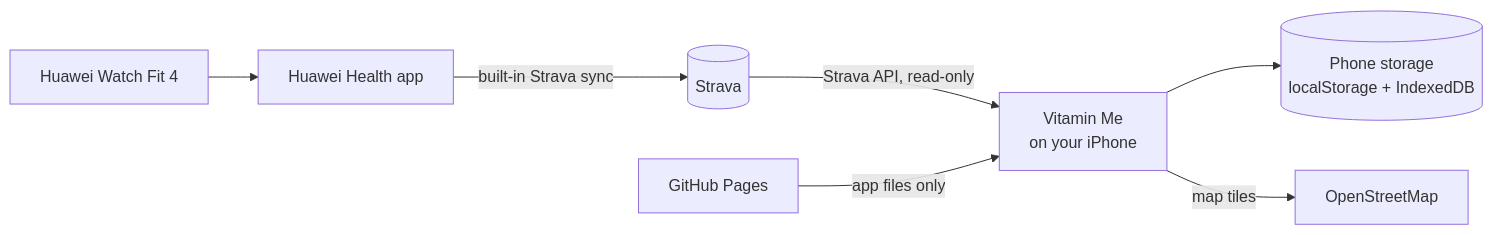
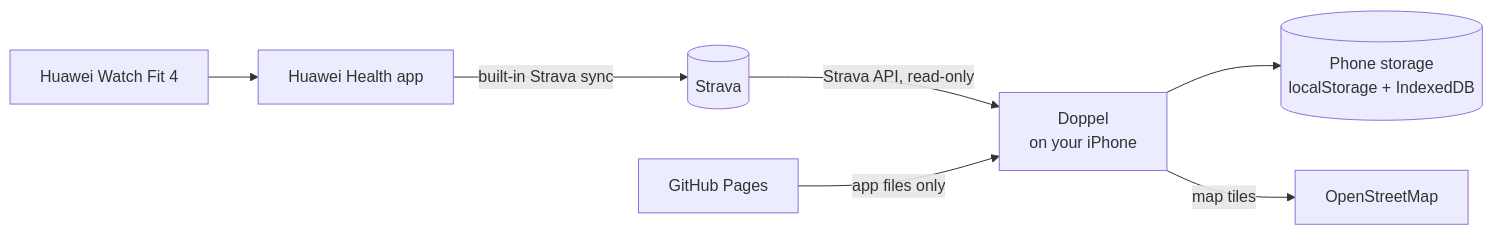
One commit to akwilabrave/vitamin-me changed the first of 2 diagrams in README.md. Above: the diagram before and after it, drawn with Mermaid. The commit also changed other lines of this file and 17 other files, not shown here.

````diff
--- a/README.md
+++ b/README.md
@@ -53,9 +57,9 @@
 ```mermaid
 flowchart LR
     W[Huawei Watch Fit 4] --> H[Huawei Health app]
     H -->|built-in Strava sync| S[(Strava)]
-    S -->|Strava API, read-only| A[Vitamin Me<br/>on your iPhone]
+    S -->|Strava API, read-only| A[Doppel<br/>on your iPhone]
     A --> LS[(Phone storage<br/>localStorage + IndexedDB)]
     A -->|map tiles| OSM[OpenStreetMap]
     GH[GitHub Pages] -->|app files only| A
 ```
````
